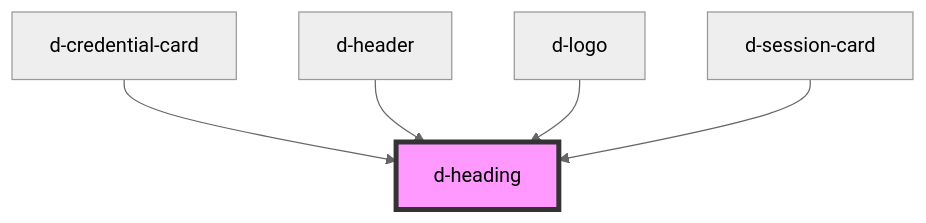
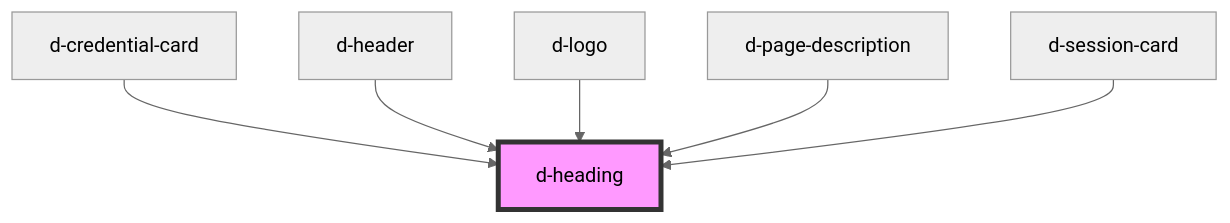
The diagram in src/components/heading/readme.md (ForkbombEu/didroom-components), drawn with Mermaid (neutral theme) before and after one commit. The commit also changed other lines of this file and 8 other files, not shown here.

Commit message:
feat: add page description component (title and subtitle)

````diff
--- a/src/components/heading/readme.md
+++ b/src/components/heading/readme.md
@@ -26,8 +27,9 @@
 ```mermaid
 graph TD;
   d-credential-card --> d-heading
   d-header --> d-heading
   d-logo --> d-heading
+  d-page-description --> d-heading
   d-session-card --> d-heading
   style d-heading fill:#f9f,stroke:#333,stroke-width:4px
 ```
````
